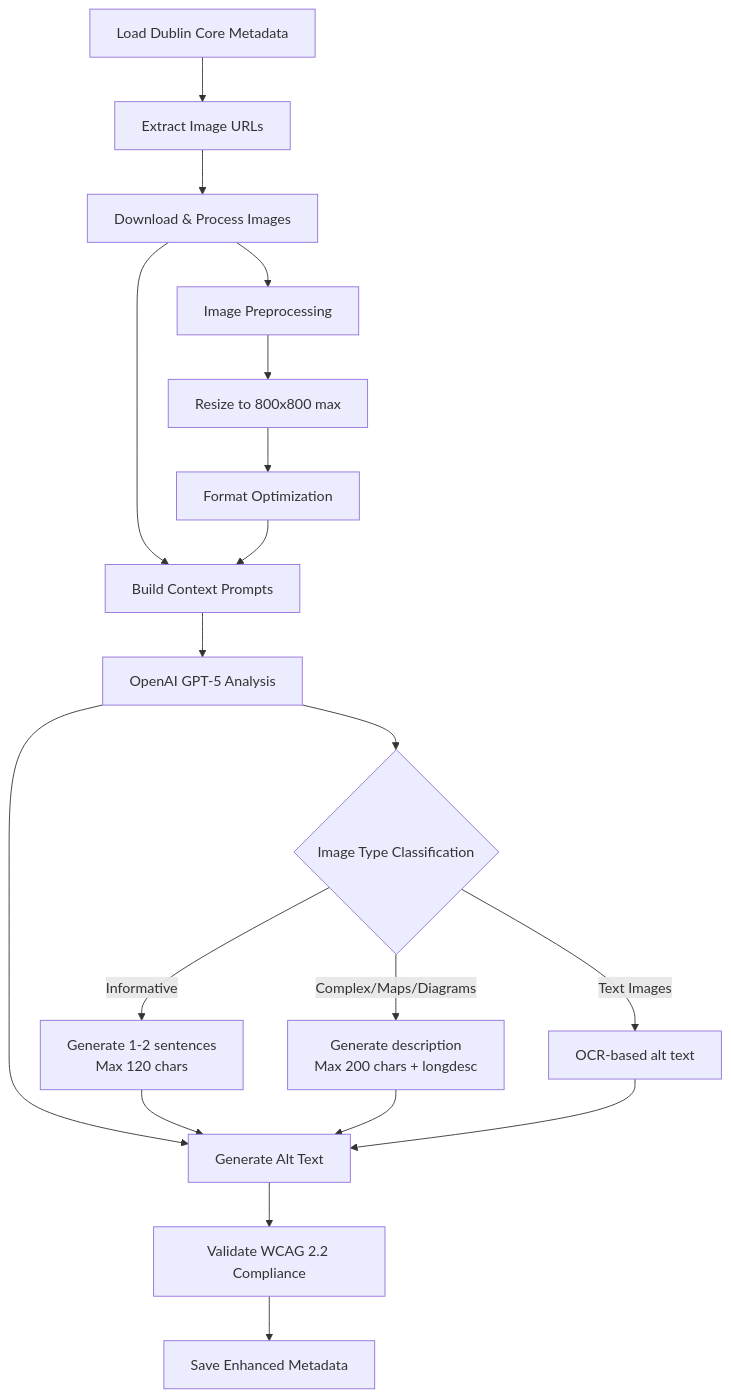
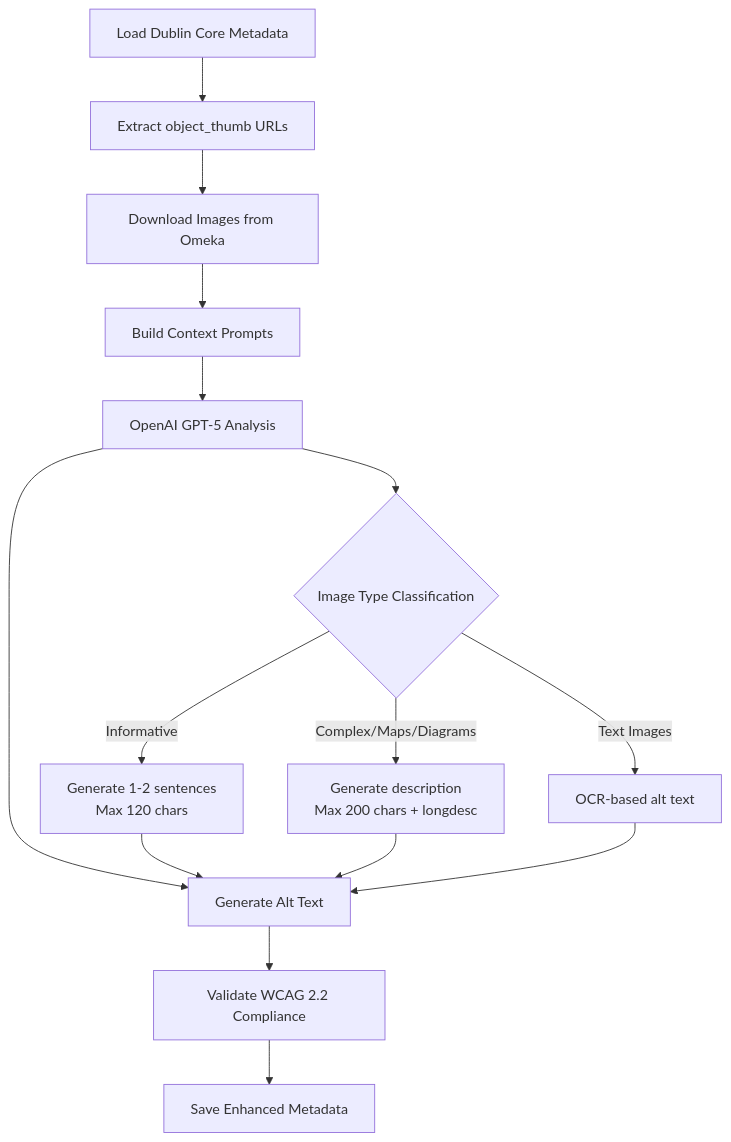
The second of 7 diagrams in documentation/metadata-enhancement.md (maehr/dublin-core-metadata-enhancer), drawn with Mermaid before and after one commit. The commit also changed other lines of this file and 11 other files, not shown here.

````diff
--- a/documentation/metadata-enhancement.md
+++ b/documentation/metadata-enhancement.md
@@ -45,24 +45,19 @@
 ```{mermaid}
 graph TD
-    A[Load Dublin Core Metadata] --> B[Extract Image URLs]
-    B --> C[Download & Process Images]
+    A[Load Dublin Core Metadata] --> B[Extract object_thumb URLs]
+    B --> C[Download Images from Omeka]
     C --> D[Build Context Prompts]
     D --> E[OpenAI GPT-5 Analysis]
     E --> F[Generate Alt Text]
     F --> G[Validate WCAG 2.2 Compliance]
     G --> H[Save Enhanced Metadata]
-
-    C --> I[Image Preprocessing]
-    I --> J[Resize to 800x800 max]
-    J --> K[Format Optimization]
-    K --> D
 
     E --> L{Image Type Classification}
     L -->|Informative| M[Generate 1-2 sentences<br/>Max 120 chars]
     L -->|Complex/Maps/Diagrams| N[Generate description<br/>Max 200 chars + longdesc]
     L -->|Text Images| O[OCR-based alt text]
 
     M --> F
     N --> F
     O --> F
 ```
````
